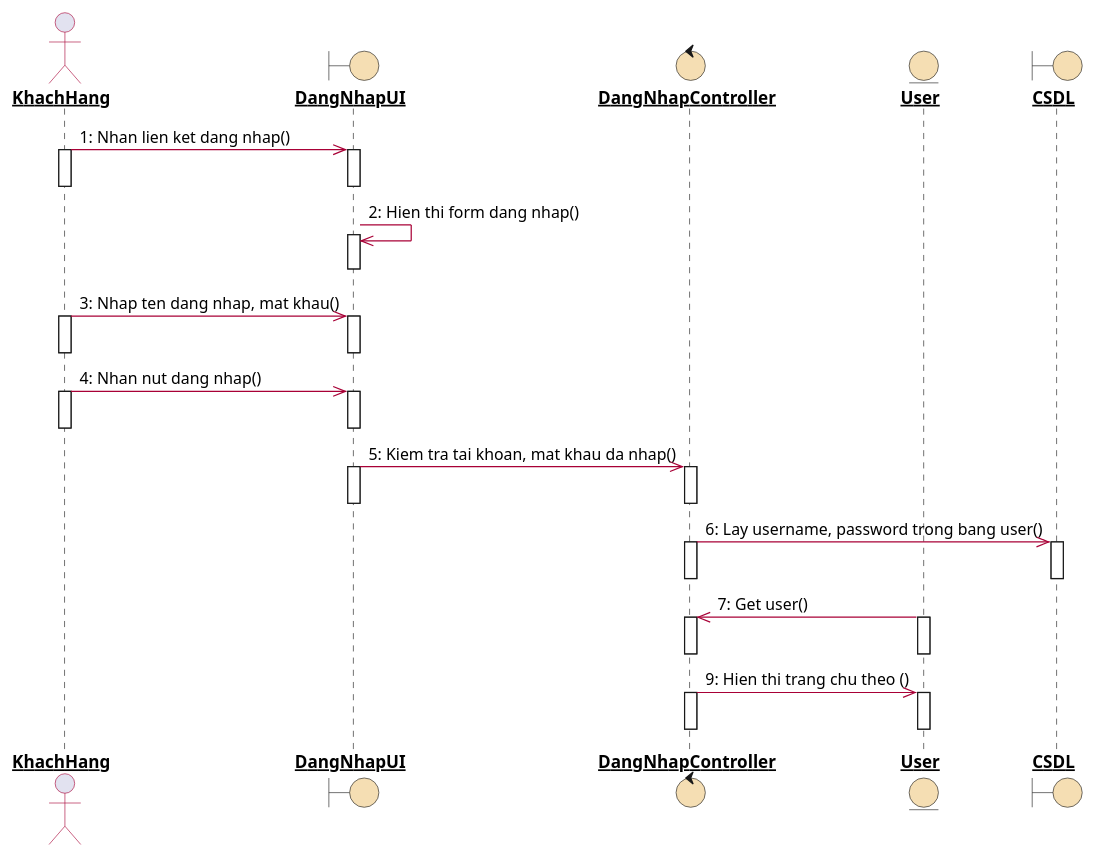
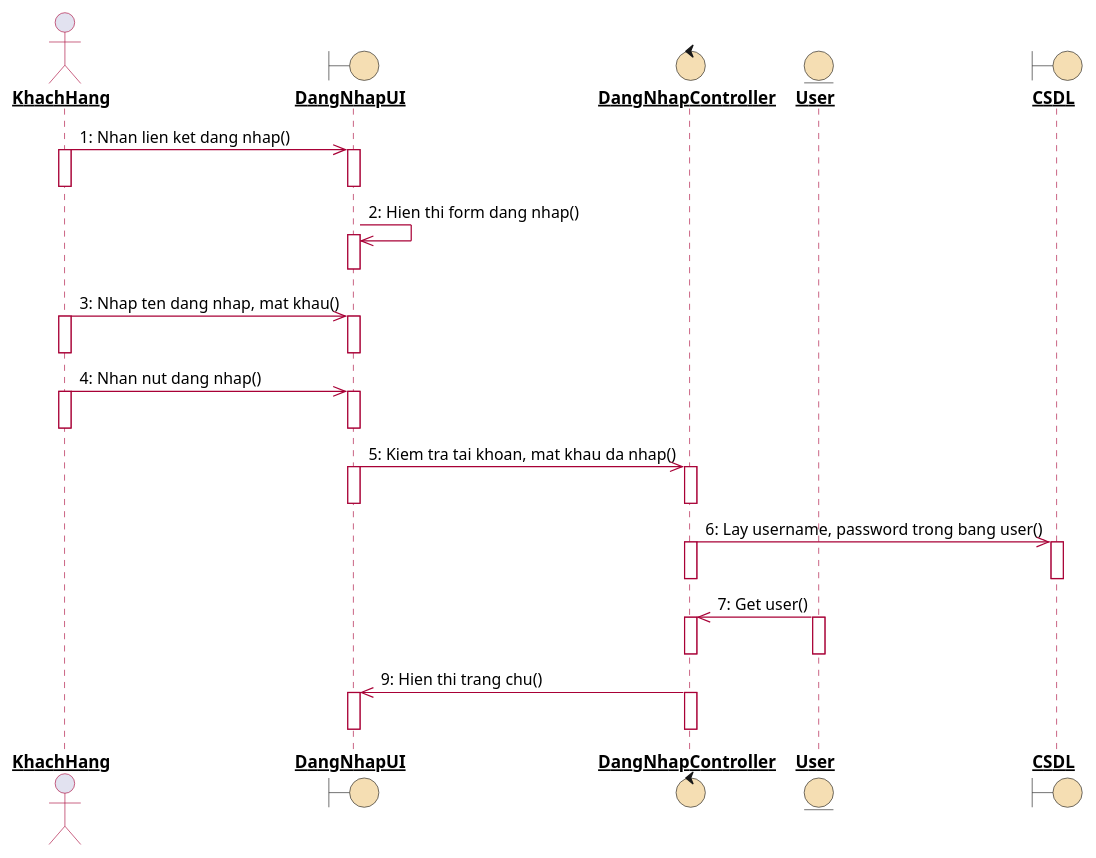
Before and after one commit to Caleumtatsu2010/techmate_parent: the diagram in techmate_design/src/main/java/uml/sequence/DangNhap.puml, drawn with PlantUML. The commit also changed 27 other files, not shown here.

```diff
--- a/techmate_design/src/main/java/uml/sequence/DangNhap.puml
+++ b/techmate_design/src/main/java/uml/sequence/DangNhap.puml
@@ -1,95 +1,102 @@
 @startuml
+
+skinparam sequence {
+
+LifeLineBorderColor #A80036
+
+}
+
 
 skinparam {
 Participant underline
 ArrowColor  #A80036
-
 
 ActorBorderColor #A80036
 ActorFontStyle bold
 
 
 BoundaryFontStyle bold
 BoundaryBackgroundColor #Wheat
 
 ControlFontStyle bold
 ControlBackgroundColor #Wheat
 
 ControlFontStyle bold
 ControlBackgroundColor #Wheat
 
 EntityFontStyle bold
 EntityBackgroundColor #Wheat
 }
+
 
 actor KhachHang
 boundary    DangNhapUI
 control     DangNhapController
 entity      User
 boundary    CSDL
 
 
 KhachHang ->> DangNhapUI : 1: Nhan lien ket dang nhap()
 activate KhachHang
 activate DangNhapUI
 deactivate KhachHang
 deactivate DangNhapUI
 
 DangNhapUI ->> DangNhapUI  : 2: Hien thi form dang nhap()
 activate DangNhapUI
 deactivate DangNhapUI
 
 
 
 KhachHang ->> DangNhapUI  : 3: Nhap ten dang nhap, mat khau()
 activate KhachHang
 activate DangNhapUI
 deactivate KhachHang
 deactivate DangNhapUI
 
 KhachHang ->> DangNhapUI  : 4: Nhan nut dang nhap()
 activate KhachHang
 activate DangNhapUI
 deactivate KhachHang
 deactivate DangNhapUI
 
 DangNhapUI ->> DangNhapController  : 5: Kiem tra tai khoan, mat khau da nhap()
 activate DangNhapUI
 activate DangNhapController
 deactivate DangNhapUI
 deactivate DangNhapController
 
 'DangNhapController ->> DangNhapUI : 6: Hien thi form xac nhan()
 'activate DangNhapController
 'activate DangNhapUI
 'deactivate DangNhapController
 'deactivate DangNhapUI
 
 'KhachHang ->> DangNhapUI : 7: Nhap ma xac nhan()
 'activate KhachHang
 'activate DangNhapUI
 'deactivate KhachHang
 'deactivate DangNhapUI
 
 
 DangNhapController ->> CSDL : 6: Lay username, password trong bang user()
 activate DangNhapController
 activate CSDL
 deactivate DangNhapController
 deactivate CSDL
 
 User ->> DangNhapController : 7: Get user()
 activate DangNhapController
 activate User
 deactivate DangNhapController
 deactivate User
 
-DangNhapController ->> User : 9: Hien thi trang chu theo ()
+DangNhapController ->> DangNhapUI : 9: Hien thi trang chu()
 activate DangNhapController
-activate User
+activate DangNhapUI
 deactivate DangNhapController
-deactivate User
+deactivate DangNhapUI
 
 
 
 @enduml
```
